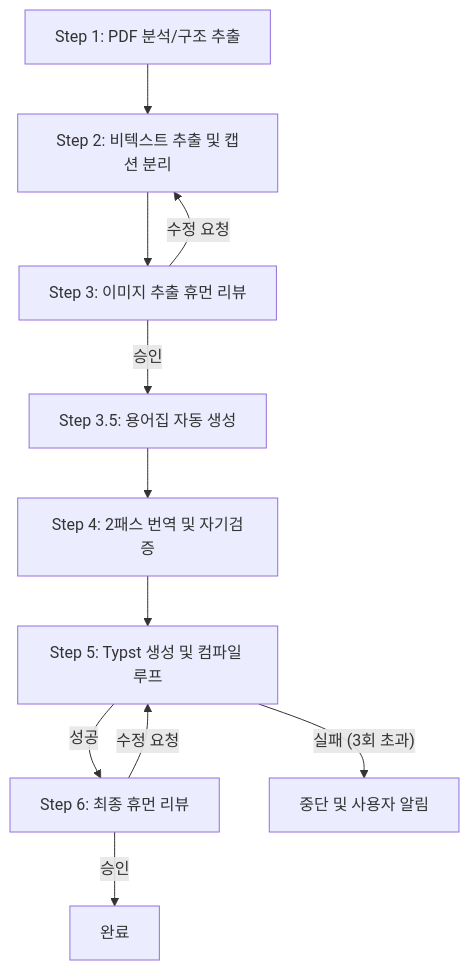
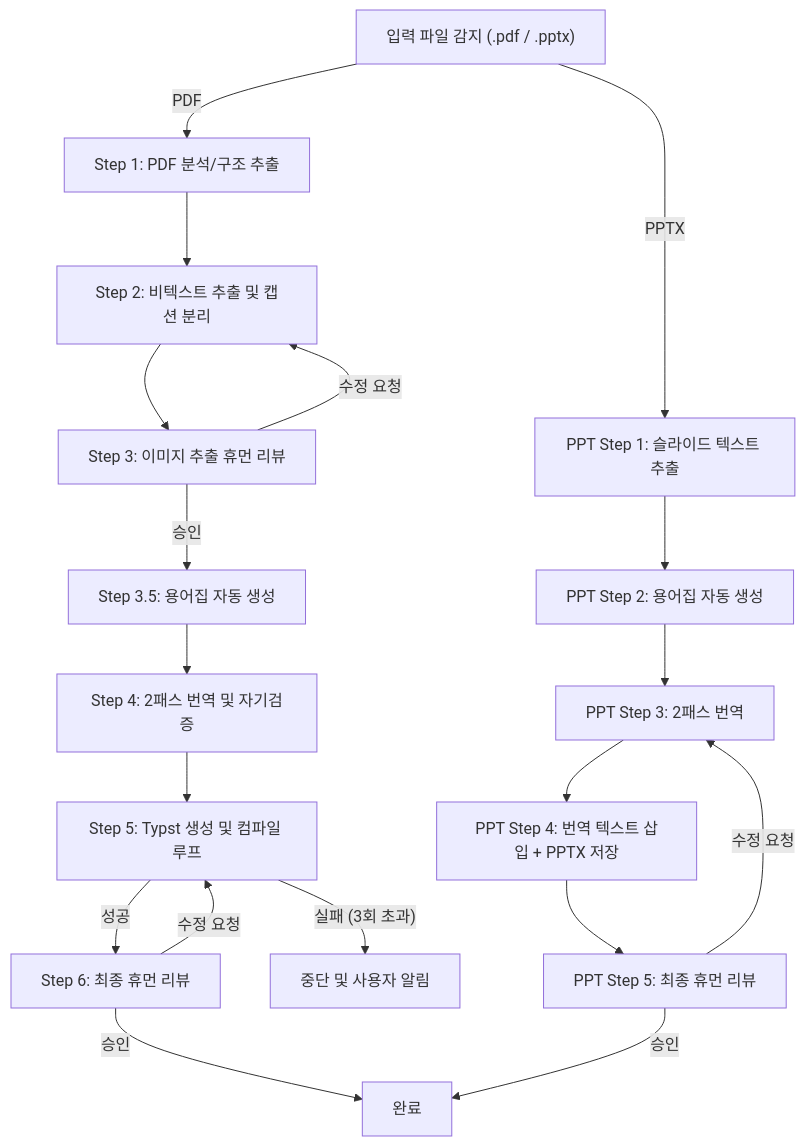
Before and after one commit to eodjjang/translations-agent: the diagram in translation agent desine.md, drawn with Mermaid. The commit also changed other lines of this file and 7 other files, not shown here.

````diff
--- a/translation agent desine.md
+++ b/translation agent desine.md
@@ -24,13 +24,23 @@
 ```mermaid
 flowchart TD
-    A["Step 1: PDF 분석/구조 추출"] --> B["Step 2: 비텍스트 추출 및 캡션 분리"]
+    input["입력 파일 감지 (.pdf / .pptx)"]
+    input -->|PDF| A["Step 1: PDF 분석/구조 추출"]
+    A --> B["Step 2: 비텍스트 추출 및 캡션 분리"]
     B --> C["Step 3: 이미지 추출 휴먼 리뷰"]
     C -->|승인| D["Step 3.5: 용어집 자동 생성"]
     C -->|수정 요청| B
     D --> E["Step 4: 2패스 번역 및 자기검증"]
     E --> F["Step 5: Typst 생성 및 컴파일 루프"]
     F -->|"성공"| G["Step 6: 최종 휴먼 리뷰"]
     F -->|"실패 (3회 초과)"| H["중단 및 사용자 알림"]
     G -->|"수정 요청"| F
     G -->|"승인"| I["완료"]
+
+    input -->|PPTX| P1["PPT Step 1: 슬라이드 텍스트 추출"]
+    P1 --> P2["PPT Step 2: 용어집 자동 생성"]
+    P2 --> P3["PPT Step 3: 2패스 번역"]
+    P3 --> P4["PPT Step 4: 번역 텍스트 삽입 + PPTX 저장"]
+    P4 --> P5["PPT Step 5: 최종 휴먼 리뷰"]
+    P5 -->|"수정 요청"| P3
+    P5 -->|"승인"| I
 ```
````
